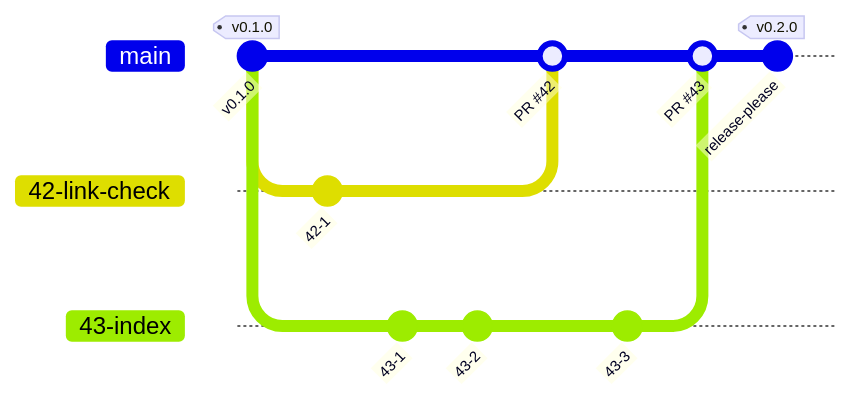
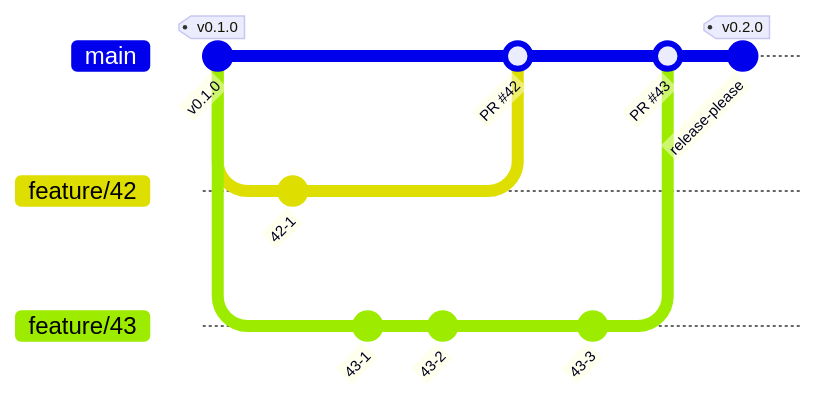
Before and after one commit to Fukuemon/agent-harness: the diagram in CONTRIBUTING.md, drawn with Mermaid. The commit also changed other lines of this file, not shown here.

Commit message:
docs: 作業用のブランチの名前を feature/<issue 番号> にする
issue 番号だけで結びつく形にし、不具合は fix/<issue 番号> と分ける。

````diff
--- a/CONTRIBUTING.md
+++ b/CONTRIBUTING.md
@@ -51,19 +51,19 @@
 ```mermaid
 gitGraph
     commit id: "v0.1.0" tag: "v0.1.0"
-    branch "42-link-check"
-    checkout "42-link-check"
+    branch "feature/42"
+    checkout "feature/42"
     commit id: "42-1"
     checkout main
-    branch "43-index"
-    checkout "43-index"
+    branch "feature/43"
+    checkout "feature/43"
     commit id: "43-1"
     commit id: "43-2"
     checkout main
-    merge "42-link-check" id: "PR #42"
-    checkout "43-index"
+    merge "feature/42" id: "PR #42"
+    checkout "feature/43"
     commit id: "43-3"
     checkout main
-    merge "43-index" id: "PR #43"
+    merge "feature/43" id: "PR #43"
     commit id: "release-please" tag: "v0.2.0"
 ```
````
